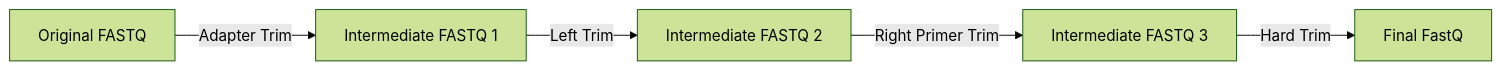
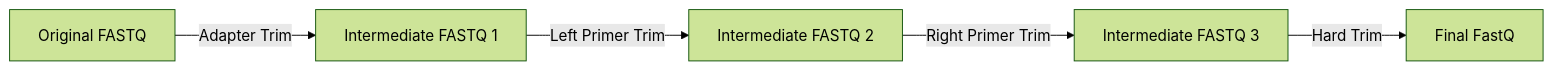
Before and after one commit to CDCgov/irma-core: the first of 2 diagrams in TRIMMER.md, drawn with Mermaid (forest theme). The commit also changed other lines of this file, not shown here.

````diff
--- a/TRIMMER.md
+++ b/TRIMMER.md
@@ -8,7 +8,7 @@
 ```mermaid
     flowchart LR
         A[Original FASTQ] -->|Adapter Trim| B[Intermediate FASTQ 1]
-        B -->|Left Trim| C[Intermediate FASTQ 2]
+        B -->|Left Primer Trim| C[Intermediate FASTQ 2]
         C -->|Right Primer Trim| D[Intermediate FASTQ 3]
         D -->|Hard Trim| E[Final FastQ]
 ```
````
